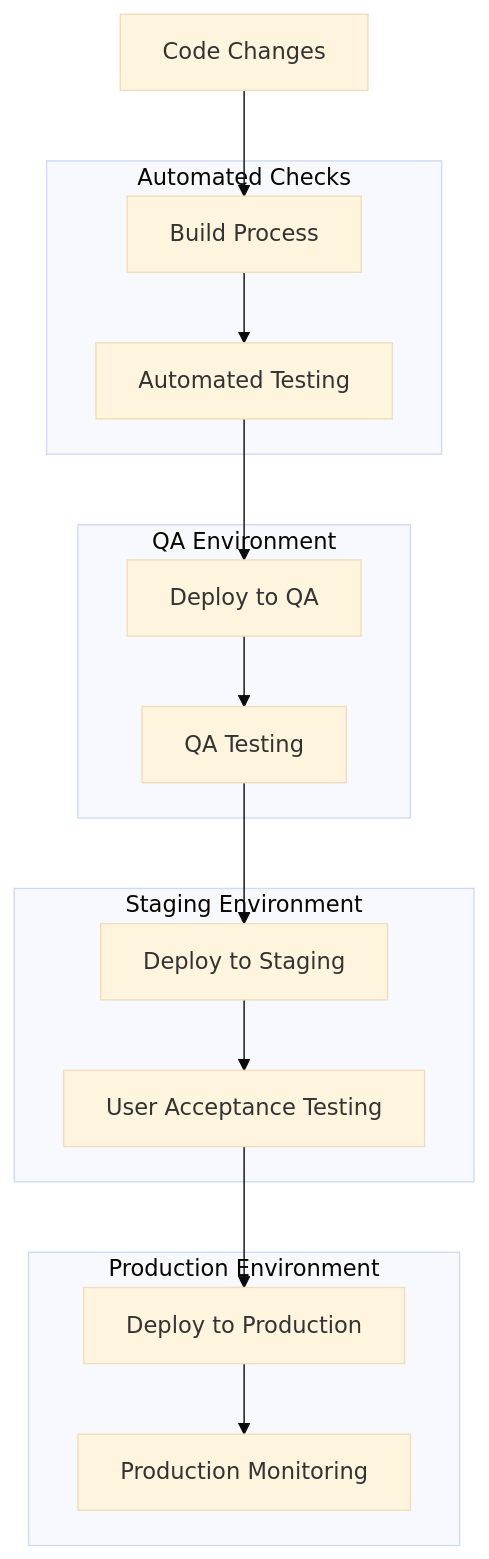
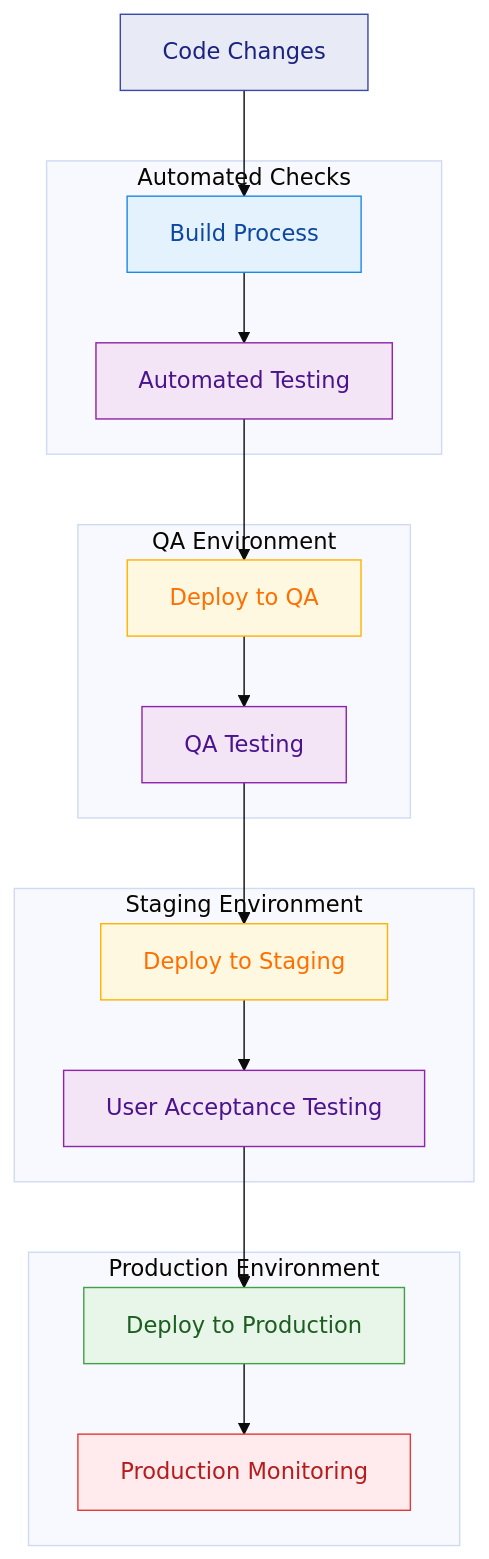
Diagram 14 of 14 in README.md (AbdullahSaeed1211/temp), drawn with Mermaid (base theme) before and after one commit. The commit also changed other lines of this file, not shown here.

````diff
--- a/README.md
+++ b/README.md
@@ -1943,31 +1975,43 @@
 ```mermaid
 flowchart TD
-    Code[Code Changes] --> Build[Build Process]
-    Build --> Test[Automated Testing]
-    Test --> QADeploy[Deploy to QA]
-    QADeploy --> QATests[QA Testing]
-    QATests --> StagingDeploy[Deploy to Staging]
-    StagingDeploy --> UAT[User Acceptance Testing]
-    UAT --> ProdDeploy[Deploy to Production]
-    ProdDeploy --> Monitoring[Production Monitoring]
+    Code[Code Changes]:::codeNode --> Build[Build Process]:::buildNode
+    Build --> Test[Automated Testing]:::testNode
+    Test --> QADeploy[Deploy to QA]:::deployNode
+    QADeploy --> QATests[QA Testing]:::testNode
+    QATests --> StagingDeploy[Deploy to Staging]:::deployNode
+    StagingDeploy --> UAT[User Acceptance Testing]:::testNode
+    UAT --> ProdDeploy[Deploy to Production]:::prodNode
+    ProdDeploy --> Monitoring[Production Monitoring]:::monitorNode
     
     subgraph Automation["Automated Checks"]
         Build
         Test
     end
     
     subgraph QAEnvironment["QA Environment"]
         QADeploy
         QATests
     end
     
     subgraph StagingEnvironment["Staging Environment"]
         StagingDeploy
         UAT
     end
     
     subgraph ProductionEnvironment["Production Environment"]
         ProdDeploy
         Monitoring
     end
+    
+    classDef codeNode fill:#E8EAF6,stroke:#3949AB,color:#1A237E
+    classDef buildNode fill:#E3F2FD,stroke:#1E88E5,color:#0D47A1
+    classDef testNode fill:#F3E5F5,stroke:#8E24AA,color:#4A148C
+    classDef deployNode fill:#FFF8E1,stroke:#FFB300,color:#FF6F00
+    classDef prodNode fill:#E8F5E9,stroke:#43A047,color:#1B5E20
+    classDef monitorNode fill:#FFEBEE,stroke:#E53935,color:#B71C1C
+    
+    classDef Automation fill:#FAFAFA,stroke:#9E9E9E,color:#212121
+    classDef QAEnvironment fill:#E0F7FA,stroke:#00ACC1,color:#006064
+    classDef StagingEnvironment fill:#FFF3E0,stroke:#FF9800,color:#E65100
+    classDef ProductionEnvironment fill:#EFEBE9,stroke:#795548,color:#3E2723
 ```
````
